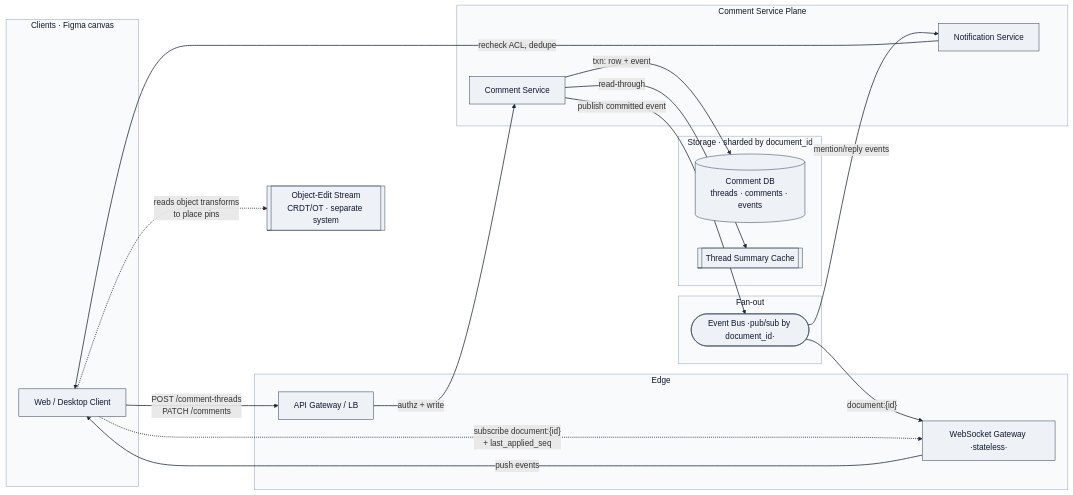
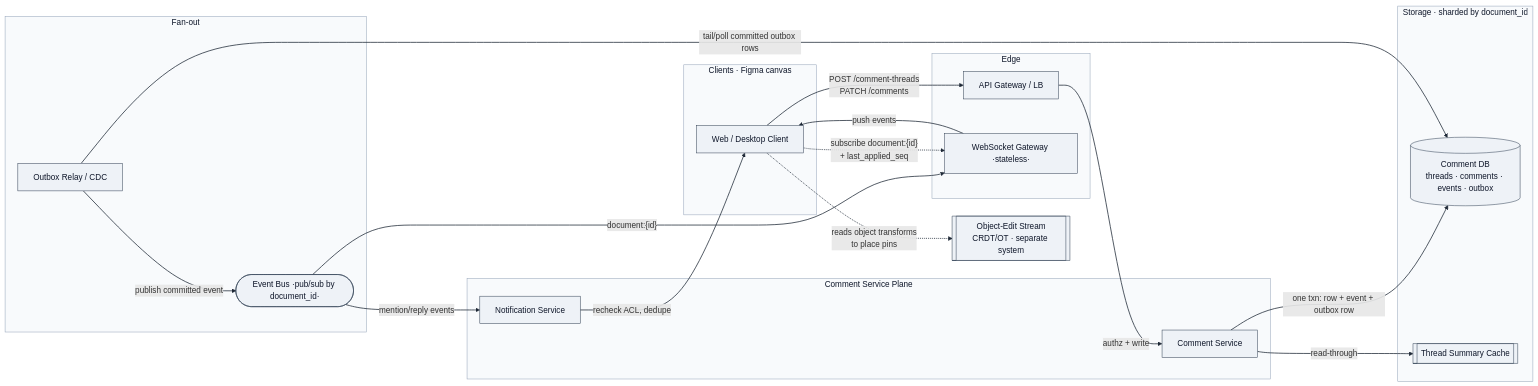
Before and after one commit to sk97045/booknotes: the third of 6 diagrams in system-design/system-design-interview/chapter57 - Design FigJam comments/README.md, drawn with Mermaid. The commit also changed other lines of this file, not shown here.

Commit message:
figjam design

````diff
--- a/system-design/system-design-interview/chapter57 - Design FigJam comments/README.md
+++ b/system-design/system-design-interview/chapter57 - Design FigJam comments/README.md
@@ -263,46 +263,48 @@
 ```mermaid
 flowchart LR
     subgraph Clients["Clients · Figma canvas"]
         C1[Web / Desktop Client]
     end
 
     subgraph Edge["Edge"]
         LB[API Gateway / LB]
         WSGW[WebSocket Gateway ·stateless·]
     end
 
     subgraph CommentPlane["Comment Service Plane"]
         CS[Comment Service]
         NS[Notification Service]
     end
 
     subgraph Storage["Storage · sharded by document_id"]
-        DB[(Comment DB<br/>threads · comments · events)]
+        DB[(Comment DB<br/>threads · comments · events · outbox)]
         Cache[[Thread Summary Cache]]
     end
 
     subgraph Bus["Fan-out"]
+        OB[Outbox Relay / CDC]
         MQ([Event Bus ·pub/sub by document_id·])
     end
 
     ObjStream[[Object-Edit Stream<br/>CRDT/OT · separate system]]
 
     C1 -->|"POST /comment-threads<br/>PATCH /comments"| LB
     LB -->|authz + write| CS
-    CS -->|"txn: row + event"| DB
+    CS -->|"one txn: row + event + outbox row"| DB
     CS -->|read-through| Cache
-    CS -->|"publish committed event"| MQ
+    OB -->|"tail/poll committed outbox rows"| DB
+    OB -->|"publish committed event"| MQ
     MQ -->|"document:{id}"| WSGW
     WSGW -->|"push events"| C1
     C1 -.->|"subscribe document:{id}<br/>+ last_applied_seq"| WSGW
     MQ -->|mention/reply events| NS
     NS -->|"recheck ACL, dedupe"| C1
 
     C1 -.->|"reads object transforms<br/>to place pins"| ObjStream
 
     classDef node fill:#eef2f7,stroke:#334155,color:#0f172a;
     classDef plane fill:#f8fafc,stroke:#94a3b8,color:#0f172a;
-    class C1,LB,WSGW,CS,NS,DB,Cache,MQ,ObjStream node;
+    class C1,LB,WSGW,CS,NS,DB,Cache,OB,MQ,ObjStream node;
     class Clients,Edge,CommentPlane,Storage,Bus plane;
     linkStyle default stroke:#1f2937,stroke-width:1.5px;
 ```
````
